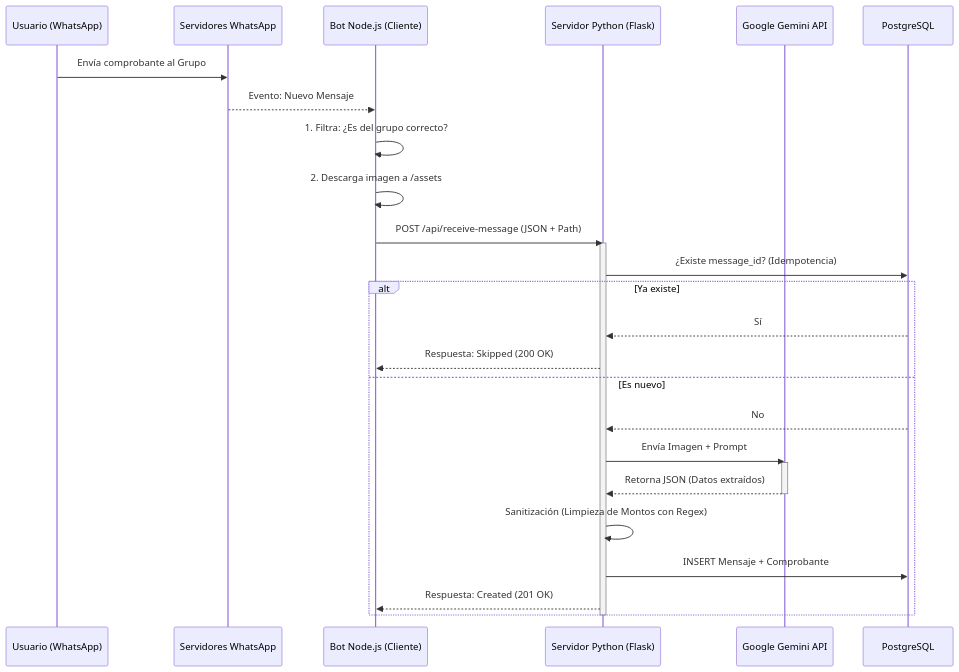
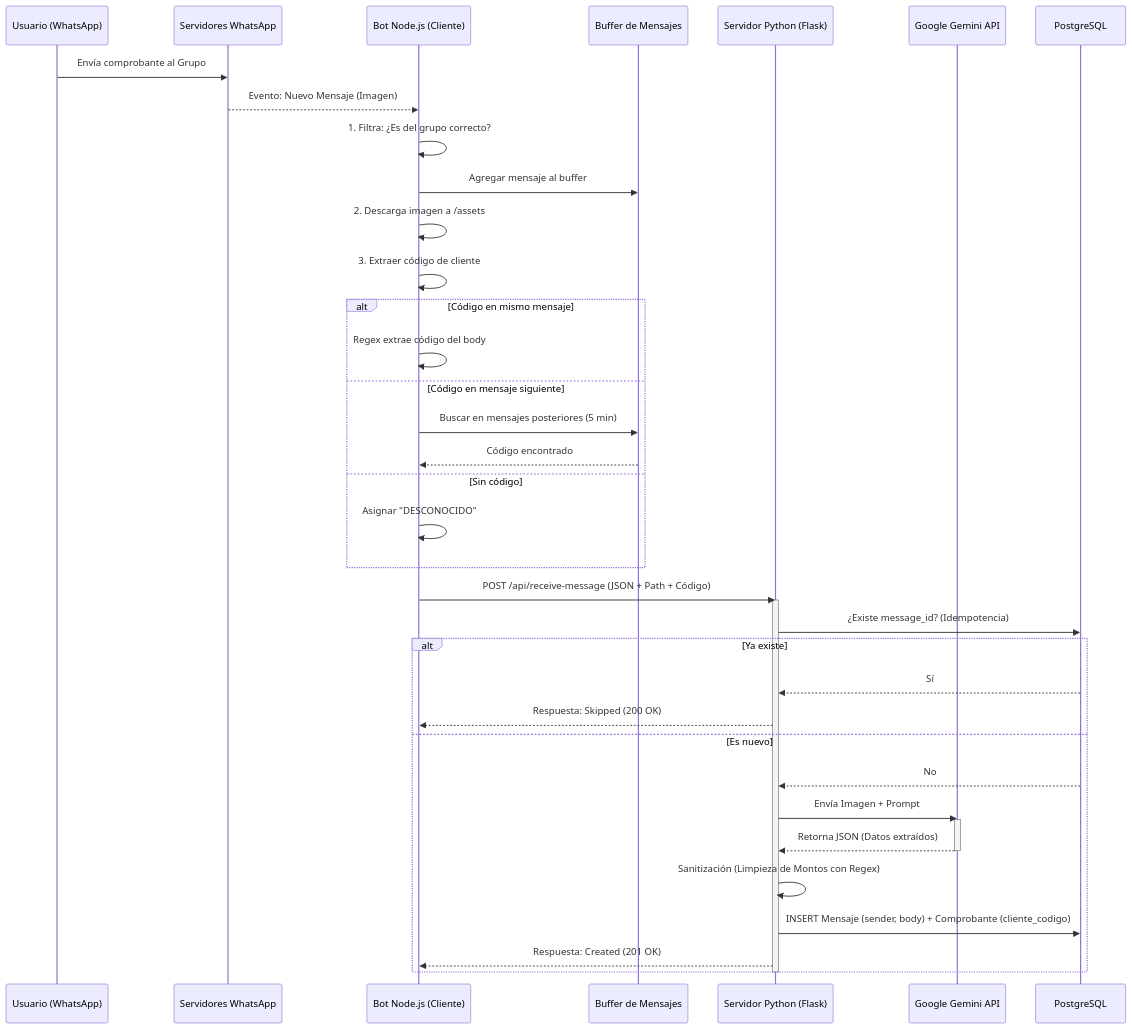
One commit to nahuel893/bank-reconciliation-arg changed the first of 2 diagrams in DOCUMENTACION.md. Above: the diagram before and after it, drawn with Mermaid. The commit also changed other lines of this file and 1 other file, not shown here.

````diff
--- a/DOCUMENTACION.md
+++ b/DOCUMENTACION.md
@@ -7,36 +7,48 @@
 ```mermaid
 sequenceDiagram
     participant U as Usuario (WhatsApp)
     participant WA as Servidores WhatsApp
     participant Node as Bot Node.js (Cliente)
+    participant Buffer as Buffer de Mensajes
     participant Py as Servidor Python (Flask)
     participant AI as Google Gemini API
     participant DB as PostgreSQL
 
     U->>WA: Envía comprobante al Grupo
-    WA-->>Node: Evento: Nuevo Mensaje
-    
+    WA-->>Node: Evento: Nuevo Mensaje (Imagen)
+
     Node->>Node: 1. Filtra: ¿Es del grupo correcto?
+    Node->>Buffer: Agregar mensaje al buffer
     Node->>Node: 2. Descarga imagen a /assets
-    
-    Node->>Py: POST /api/receive-message (JSON + Path)
-    
+    Node->>Node: 3. Extraer código de cliente
+
+    alt Código en mismo mensaje
+        Node->>Node: Regex extrae código del body
+    else Código en mensaje siguiente
+        Node->>Buffer: Buscar en mensajes posteriores (5 min)
+        Buffer-->>Node: Código encontrado
+    else Sin código
+        Node->>Node: Asignar "DESCONOCIDO"
+    end
+
+    Node->>Py: POST /api/receive-message (JSON + Path + Código)
+
     activate Py
     Py->>DB: ¿Existe message_id? (Idempotencia)
-    
+
     alt Ya existe
         DB-->>Py: Sí
         Py-->>Node: Respuesta: Skipped (200 OK)
     else Es nuevo
         DB-->>Py: No
         Py->>AI: Envía Imagen + Prompt
         activate AI
         AI-->>Py: Retorna JSON (Datos extraídos)
         deactivate AI
-        
+
         Py->>Py: Sanitización (Limpieza de Montos con Regex)
-        Py->>DB: INSERT Mensaje + Comprobante
+        Py->>DB: INSERT Mensaje (sender, body) + Comprobante (cliente_codigo)
         Py-->>Node: Respuesta: Created (201 OK)
     end
     deactivate Py
 ```
````
